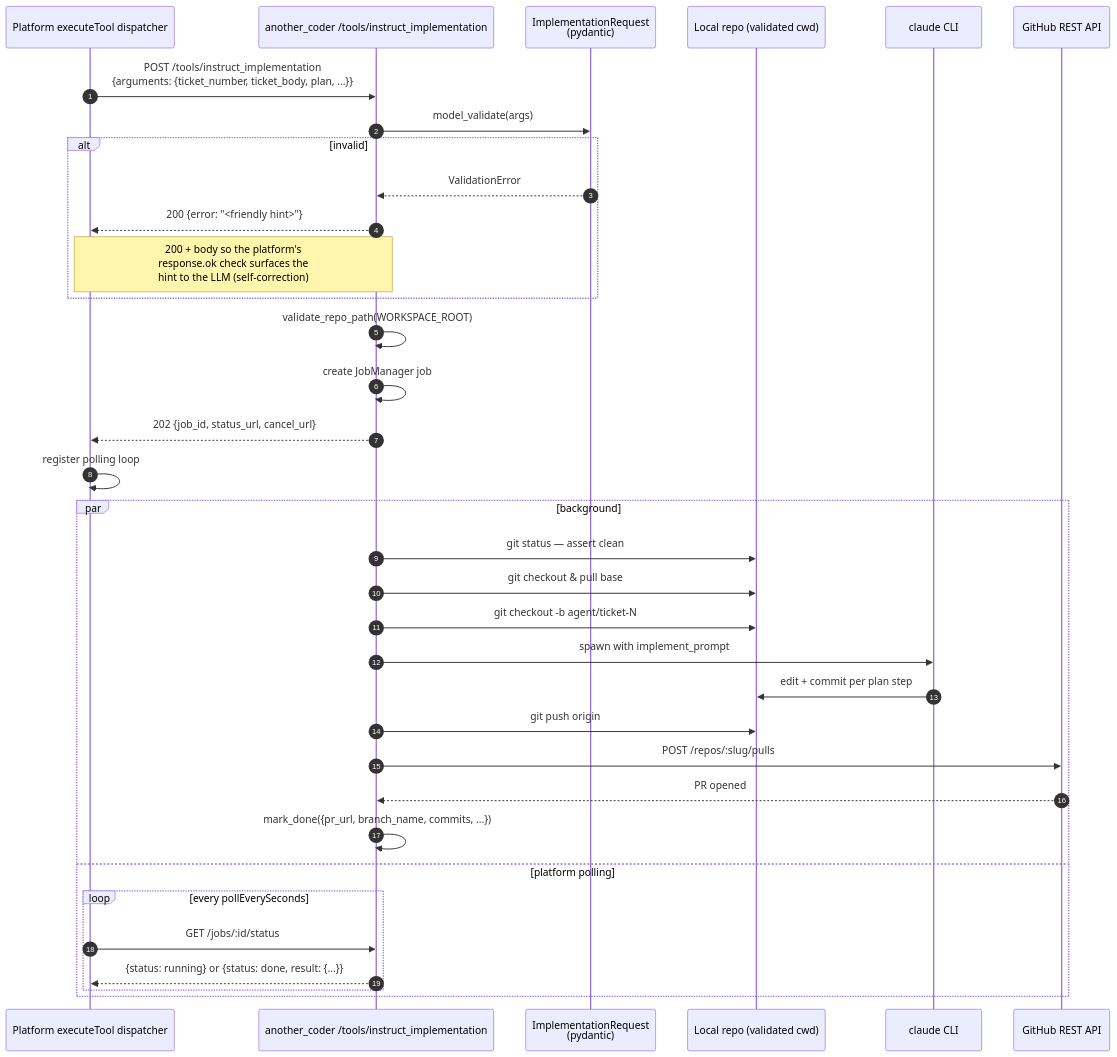
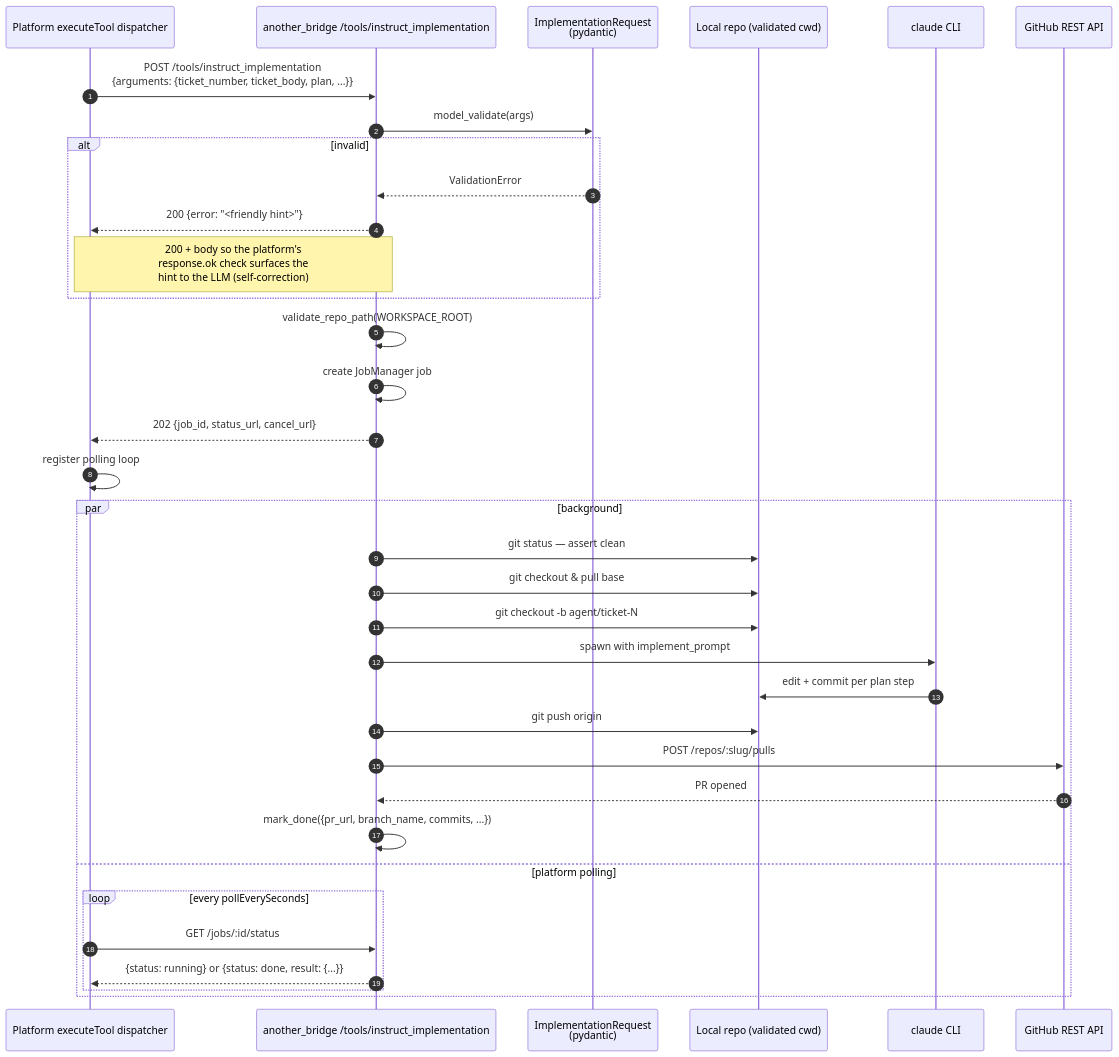
One commit to kenruizinoue/another_bridge changed the fourth of 7 diagrams in docs/ARCHITECTURE.md. Above: the diagram before and after it, drawn with Mermaid. The commit also changed other lines of this file and 13 other files, not shown here.

First line of the commit message:
Rename project another_coder -> another_bridge

````diff
--- a/docs/ARCHITECTURE.md
+++ b/docs/ARCHITECTURE.md
@@ -171,39 +171,39 @@
 ```mermaid
 sequenceDiagram
     autonumber
     participant Platform as Platform executeTool dispatcher
-    participant Coder as another_coder /tools/instruct_implementation
+    participant Coder as another_bridge /tools/instruct_implementation
     participant Schema as ImplementationRequest<br/>(pydantic)
     participant Repo as Local repo (validated cwd)
     participant Claude as claude CLI
     participant GitHub as GitHub REST API
 
     Platform->>Coder: POST /tools/instruct_implementation<br/>{arguments: {ticket_number, ticket_body, plan, ...}}
     Coder->>Schema: model_validate(args)
     alt invalid
         Schema-->>Coder: ValidationError
         Coder-->>Platform: 200 {error: "<friendly hint>"}
         Note over Coder,Platform: 200 + body so the platform's<br/>response.ok check surfaces the<br/>hint to the LLM (self-correction)
     end
     Coder->>Coder: validate_repo_path(WORKSPACE_ROOT)
     Coder->>Coder: create JobManager job
     Coder-->>Platform: 202 {job_id, status_url, cancel_url}
     Platform->>Platform: register polling loop
 
     par background
         Coder->>Repo: git status — assert clean
         Coder->>Repo: git checkout & pull base
         Coder->>Repo: git checkout -b agent/ticket-N
         Coder->>Claude: spawn with implement_prompt
         Claude->>Repo: edit + commit per plan step
         Coder->>Repo: git push origin
         Coder->>GitHub: POST /repos/:slug/pulls
         GitHub-->>Coder: PR opened
         Coder->>Coder: mark_done({pr_url, branch_name, commits, ...})
     and platform polling
         loop every pollEverySeconds
             Platform->>Coder: GET /jobs/:id/status
             Coder-->>Platform: {status: running} or {status: done, result: {...}}
         end
     end
 ```
````
